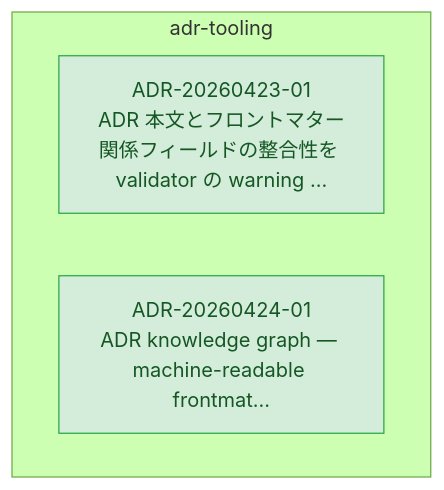
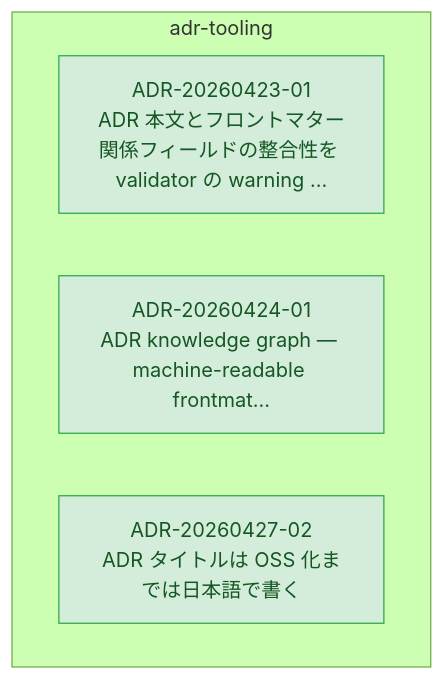
Before and after one commit to kompiro/karasu: the diagram in docs/adr/graph/adr-tooling.md, drawn with Mermaid (forest theme). The commit also changed other lines of this file and 35 other files, not shown here.

First line of the commit message:
docs(adr): unify ADR titles in Japanese until OSS launch

````diff
--- a/docs/adr/graph/adr-tooling.md
+++ b/docs/adr/graph/adr-tooling.md
@@ -6,16 +6,18 @@
 ```mermaid
 flowchart TD
   subgraph adr-tooling["adr-tooling"]
     ADR_20260423_01["ADR-20260423-01<br/>ADR 本文とフロントマター関係フィールドの整合性を validator の warning ..."]
     ADR_20260424_01["ADR-20260424-01<br/>ADR knowledge graph — machine-readable frontmat..."]
+    ADR_20260427_02["ADR-20260427-02<br/>ADR タイトルは OSS 化までは日本語で書く"]
   end
 
   classDef accepted fill:#d4edda,stroke:#28a745,color:#155724
   classDef proposed fill:#fff3cd,stroke:#ffc107,color:#856404
   classDef deprecated fill:#f8d7da,stroke:#dc3545,color:#721c24
   classDef superseded fill:#e2e3e5,stroke:#6c757d,color:#383d41
   classDef not_adopted fill:#e2e3e5,stroke:#6c757d,color:#383d41,stroke-dasharray:3 3
   classDef ghost fill:#f5f5f5,stroke:#adb5bd,color:#6c757d,stroke-dasharray:2 2
   class ADR_20260423_01 accepted
   class ADR_20260424_01 accepted
+  class ADR_20260427_02 accepted
 ```
````
